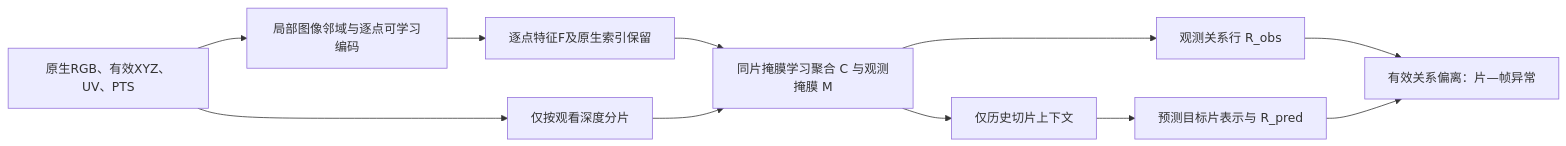
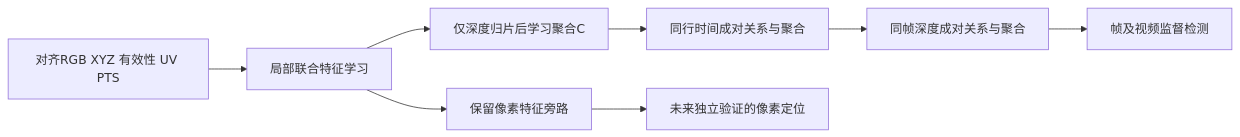
One commit to 2332140421-cmd/sparse_3d_forgery_detection changed the diagram in docs/pvst/depth_slice_relation_design.md. Above: the diagram before and after it, drawn with Mermaid. The commit also changed other lines of this file and 12 other files, not shown here.

````diff
--- a/docs/pvst/depth_slice_relation_design.md
+++ b/docs/pvst/depth_slice_relation_design.md
@@ -67,13 +67,10 @@
 ```mermaid
 flowchart LR
- A[原生RGB、有效XYZ、UV、PTS] --> B[局部图像邻域与逐点可学习编码]
- B --> F[逐点特征F及原生索引保留]
- A --> I[仅按观看深度分片]
- F --> C[同片掩膜学习聚合 C 与观测掩膜 M]
- I --> C
- C --> O[观测关系行 R_obs]
- C --> H[仅历史切片上下文]
- H --> P[预测目标片表示与 R_pred]
- O --> E[有效关系偏离：片—帧异常]
- P --> E
+ A[对齐RGB XYZ 有效性 UV PTS] --> B[局部联合特征学习]
+ B --> F[保留像素特征旁路]
+ B --> C[仅深度归片后学习聚合C]
+ C --> T[同行时间成对关系与聚合]
+ T --> D[同帧深度成对关系与聚合]
+ D --> O[帧及视频监督检测]
+ F --> L[未来独立验证的像素定位]
 ```
````
